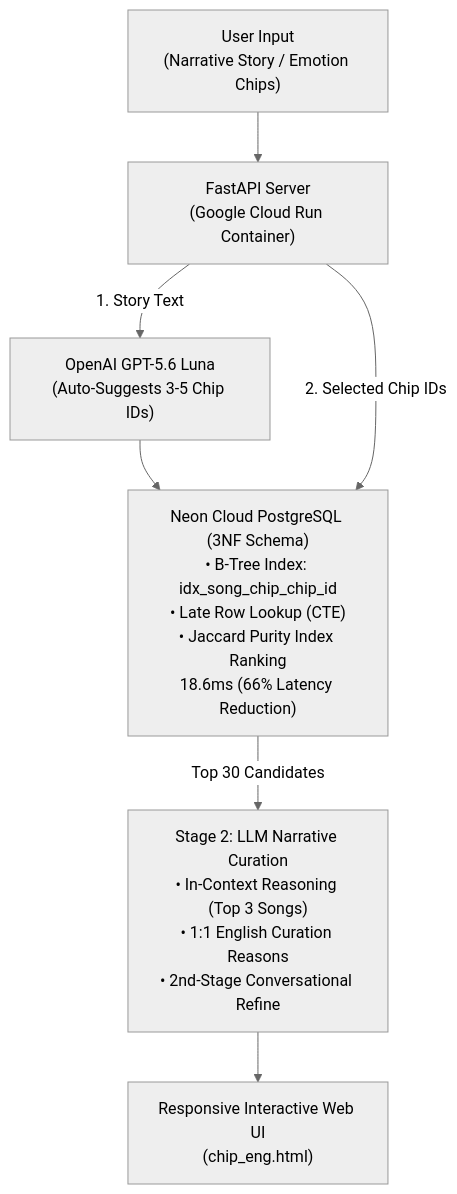
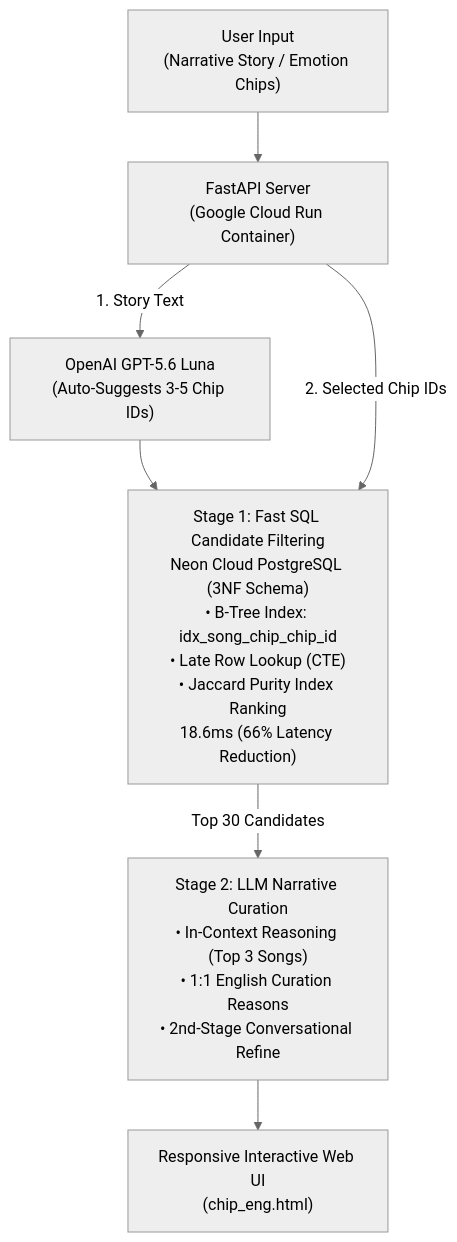
One commit to caseyYtchoo/chip-music-recommendation-eng changed the diagram in README.md. Above: the diagram before and after it, drawn with Mermaid (neutral theme).

````diff
--- a/README.md
+++ b/README.md
@@ -27,13 +27,13 @@
 ```mermaid
 flowchart TD
     User["User Input\n(Narrative Story / Emotion Chips)"] --> FastAPI["FastAPI Server\n(Google Cloud Run Container)"]
     
     FastAPI -->|"1. Story Text"| GPT_Chips["OpenAI GPT-5.6 Luna\n(Auto-Suggests 3-5 Chip IDs)"]
     GPT_Chips --> DB
     
-    FastAPI -->|"2. Selected Chip IDs"| DB["Neon Cloud PostgreSQL (3NF Schema)\n• B-Tree Index: idx_song_chip_chip_id\n• Late Row Lookup (CTE)\n• Jaccard Purity Index Ranking\n18.6ms (66% Latency Reduction)"]
+    FastAPI -->|"2. Selected Chip IDs"| DB["Stage 1: Fast SQL Candidate Filtering\nNeon Cloud PostgreSQL (3NF Schema)\n• B-Tree Index: idx_song_chip_chip_id\n• Late Row Lookup (CTE)\n• Jaccard Purity Index Ranking\n18.6ms (66% Latency Reduction)"]
     
     DB -->|"Top 30 Candidates"| Curation["Stage 2: LLM Narrative Curation\n• In-Context Reasoning (Top 3 Songs)\n• 1:1 English Curation Reasons\n• 2nd-Stage Conversational Refine"]
     
     Curation --> UI["Responsive Interactive Web UI\n(chip_eng.html)"]
 ```
````
